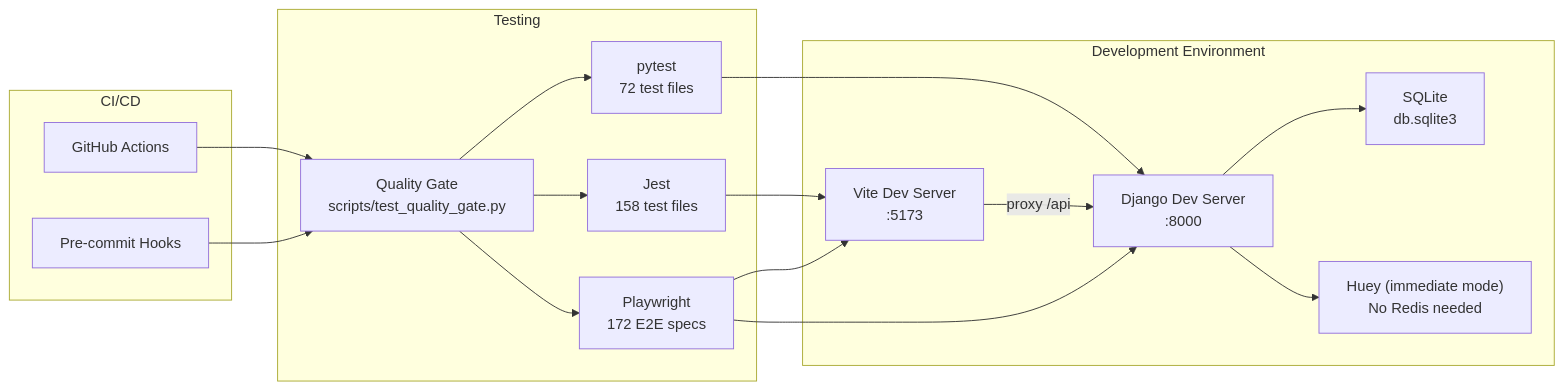
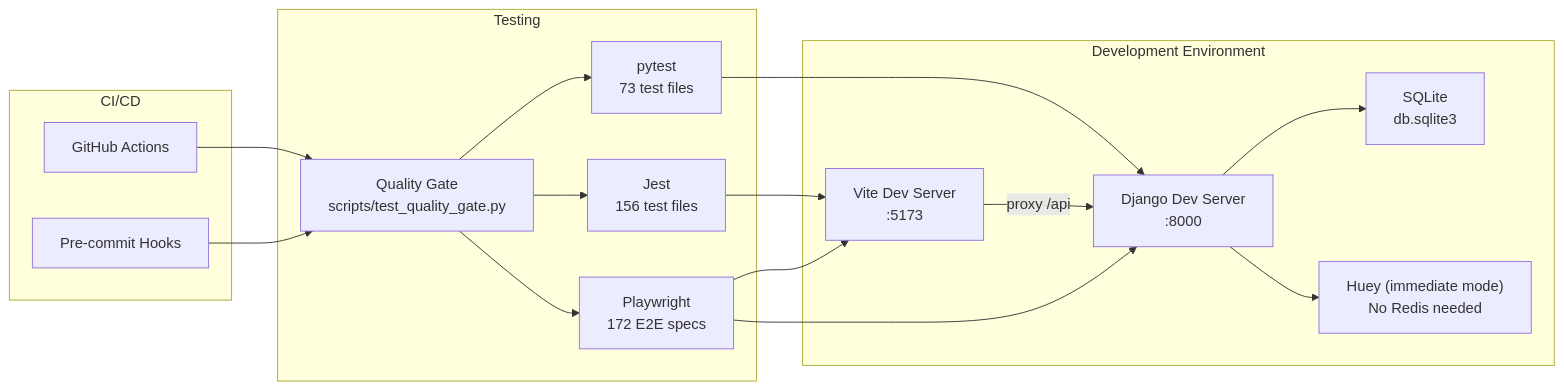
The second of 8 diagrams in docs/methodology/architecture.md (carlos18bp/gym_project), drawn with Mermaid before and after one commit. The commit also changed other lines of this file and 6 other files, not shown here.

First line of the commit message:
DOCS: update methodology docs, user flow map, and task tracking

````diff
--- a/docs/methodology/architecture.md
+++ b/docs/methodology/architecture.md
@@ -60,34 +60,34 @@
 ```mermaid
 flowchart LR
     subgraph Dev["Development Environment"]
         Vite["Vite Dev Server\n:5173"]
         Django["Django Dev Server\n:8000"]
         Huey_Imm["Huey (immediate mode)\nNo Redis needed"]
         SQLite["SQLite\ndb.sqlite3"]
     end
 
     subgraph Test["Testing"]
-        Pytest["pytest\n72 test files"]
-        Jest["Jest\n158 test files"]
+        Pytest["pytest\n73 test files"]
+        Jest["Jest\n156 test files"]
         PW["Playwright\n172 E2E specs"]
         QG["Quality Gate\nscripts/test_quality_gate.py"]
     end
 
     subgraph CI["CI/CD"]
         GHA["GitHub Actions"]
         PreCommit["Pre-commit Hooks"]
     end
 
     Vite -->|"proxy /api"| Django
     Django --> SQLite
     Django --> Huey_Imm
     Pytest --> Django
     Jest --> Vite
     PW --> Vite
     PW --> Django
     QG --> Pytest
     QG --> Jest
     QG --> PW
     GHA --> QG
     PreCommit --> QG
 ```
````
